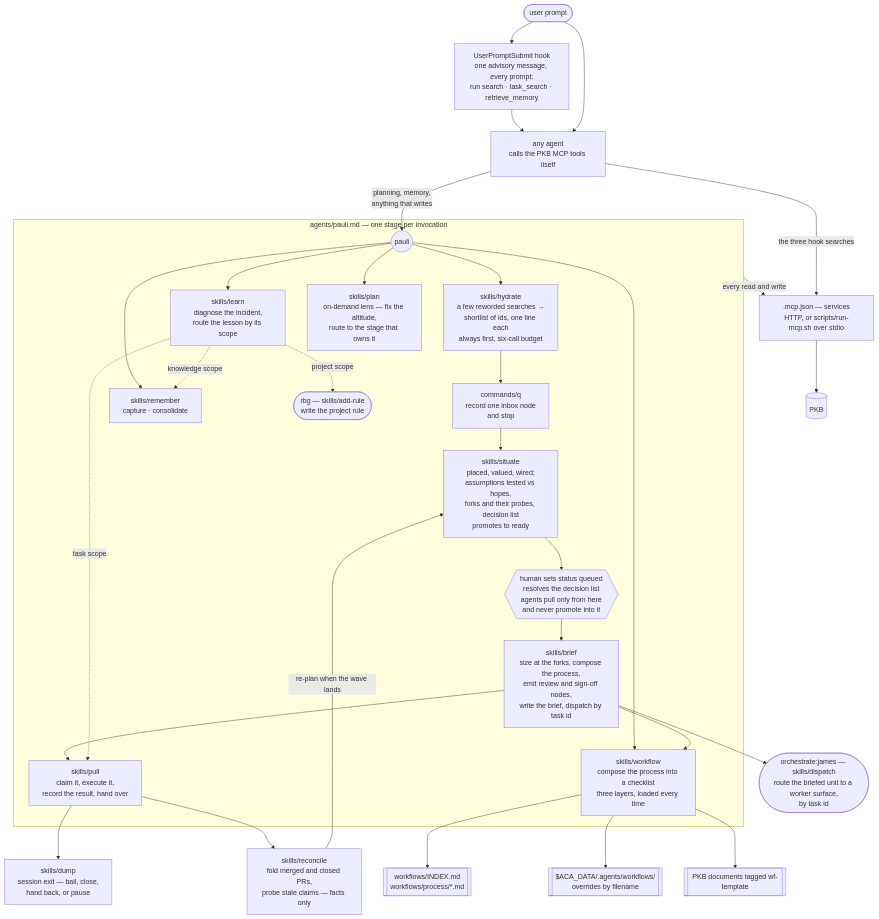
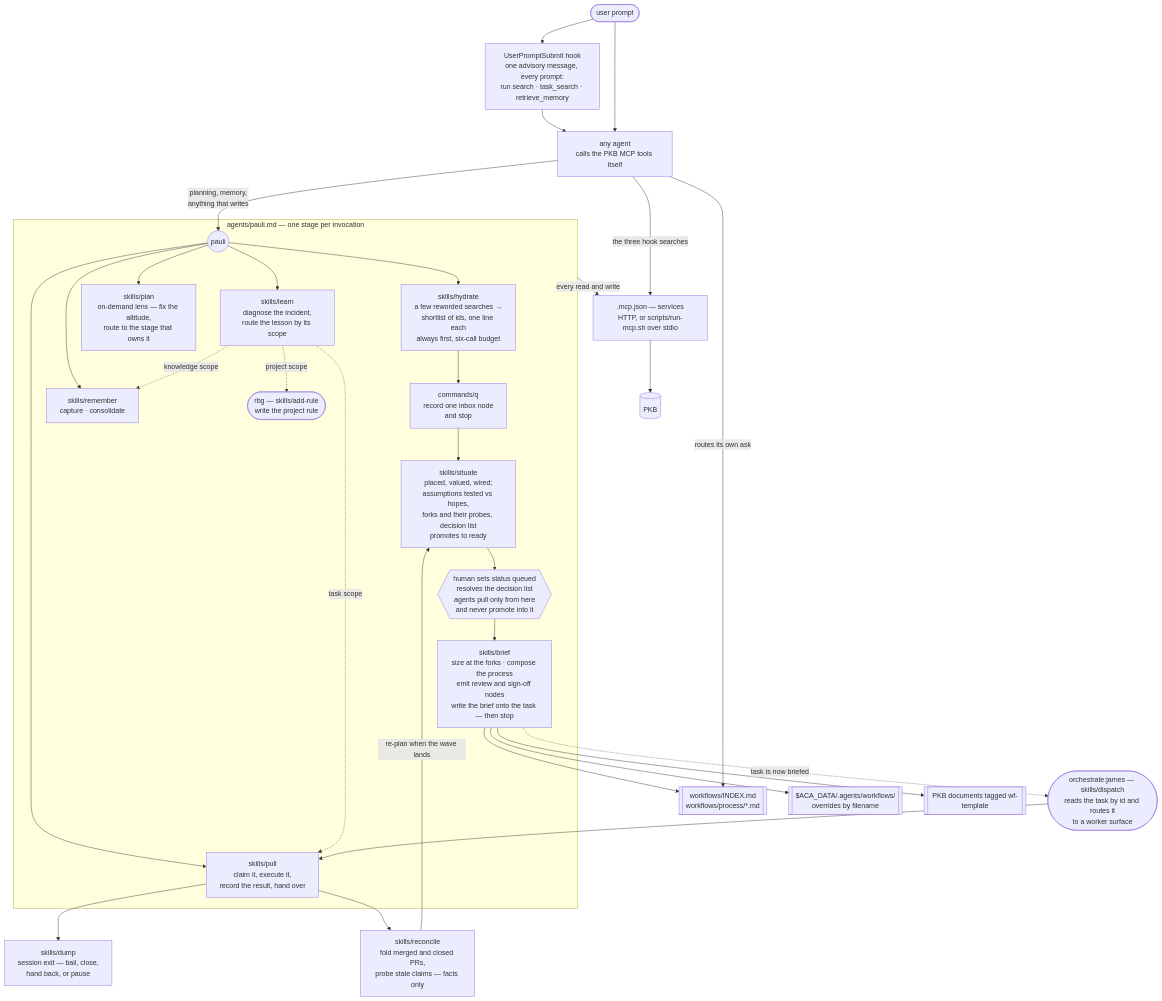
The diagram in plugins/pkb/README.md (nicsuzor/academicOps), drawn with Mermaid before and after one commit. The commit also changed other lines of this file and 7 other files, not shown here.

````diff
--- a/plugins/pkb/README.md
+++ b/plugins/pkb/README.md
@@ -8,46 +8,46 @@
 ```mermaid
 flowchart TD
     prompt([user prompt]) --> hook
 
     hook["UserPromptSubmit hook<br/>one advisory message, every prompt:<br/>run search · task_search · retrieve_memory"]
     hook --> agent
     prompt --> agent["any agent<br/>calls the PKB MCP tools itself"]
 
     agent -- "planning, memory,<br/>anything that writes" --> pauli
 
     subgraph pkbwrite["agents/pauli.md — one stage per invocation"]
         pauli(("pauli"))
         pauli --> hydrate["skills/hydrate<br/>a few reworded searches →<br/>shortlist of ids, one line each<br/>always first, six-call budget"]
 
         hydrate --> capture["commands/q<br/>record one inbox node<br/>and stop"]
         capture --> situate["skills/situate<br/>placed, valued, wired;<br/>assumptions tested vs hopes,<br/>forks and their probes, decision list<br/>promotes to ready"]
         situate --> gate{{"human sets status queued<br/>resolves the decision list<br/>agents pull only from here<br/>and never promote into it"}}
-        gate --> brief["skills/brief<br/>size at the forks, compose the process,<br/>emit review and sign-off nodes,<br/>write the brief, dispatch by task id"]
-        brief --> pull["skills/pull<br/>claim it, execute it,<br/>record the result, hand over"]
+        gate --> brief["skills/brief<br/>size at the forks · compose the process<br/>emit review and sign-off nodes<br/>write the brief onto the task — then stop"]
 
-        pauli --> composer["skills/workflow<br/>compose the process into a checklist<br/>three layers, loaded every time"]
+        pauli --> pull["skills/pull<br/>claim it, execute it,<br/>record the result, hand over"]
         pauli --> remember["skills/remember<br/>capture · consolidate"]
         pauli --> learn["skills/learn<br/>diagnose the incident,<br/>route the lesson by its scope"]
         pauli --> plan["skills/plan<br/>on-demand lens — fix the altitude,<br/>route to the stage that owns it"]
 
-        brief --> composer
         learn -. knowledge scope .-> remember
         learn -. project scope .-> addrule(["rbg — skills/add-rule<br/>write the project rule"])
         learn -. task scope .-> pull
     end
 
     pull --> dump["skills/dump<br/>session exit — bail, close,<br/>hand back, or pause"]
     pull --> reconcile["skills/reconcile<br/>fold merged and closed PRs,<br/>probe stale claims — facts only"]
     reconcile -- "re-plan when the wave lands" --> situate
 
-    composer --> library[["workflows/INDEX.md<br/>workflows/process/*.md"]]
-    composer --> userlayer[["$ACA_DATA/.agents/workflows/<br/>overrides by filename"]]
-    composer --> wftemplates[["PKB documents tagged wf-template"]]
+    brief --> library[["workflows/INDEX.md<br/>workflows/process/*.md"]]
+    brief --> userlayer[["$ACA_DATA/.agents/workflows/<br/>overrides by filename"]]
+    brief --> wftemplates[["PKB documents tagged wf-template"]]
+    agent -- "routes its own ask" --> library
 
     pkbwrite -- "every read and write" --> mcp
     agent -- "the three hook searches" --> mcp
 
     mcp[".mcp.json — services<br/>HTTP, or scripts/run-mcp.sh over stdio"] --> pkbstore[(PKB)]
 
-    brief --> dispatch(["orchestrate:james — skills/dispatch<br/>route the briefed unit to a worker surface,<br/>by task id"])
+    brief -. "task is now briefed" .-> dispatch(["orchestrate:james — skills/dispatch<br/>reads the task by id and routes it<br/>to a worker surface"])
+    dispatch --> pull
 ```
````
